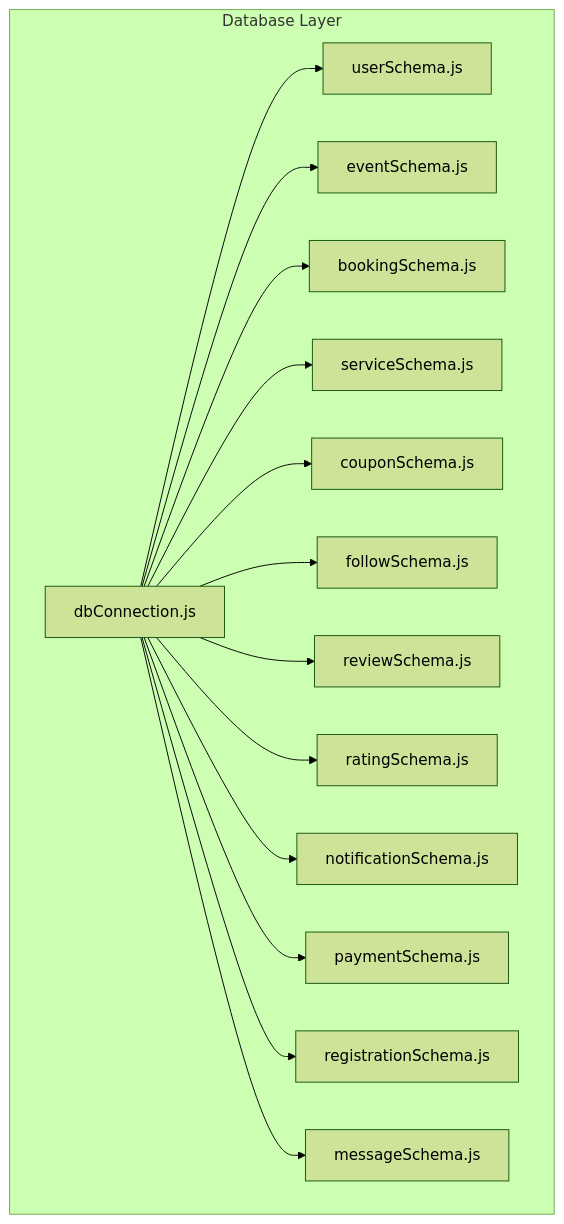
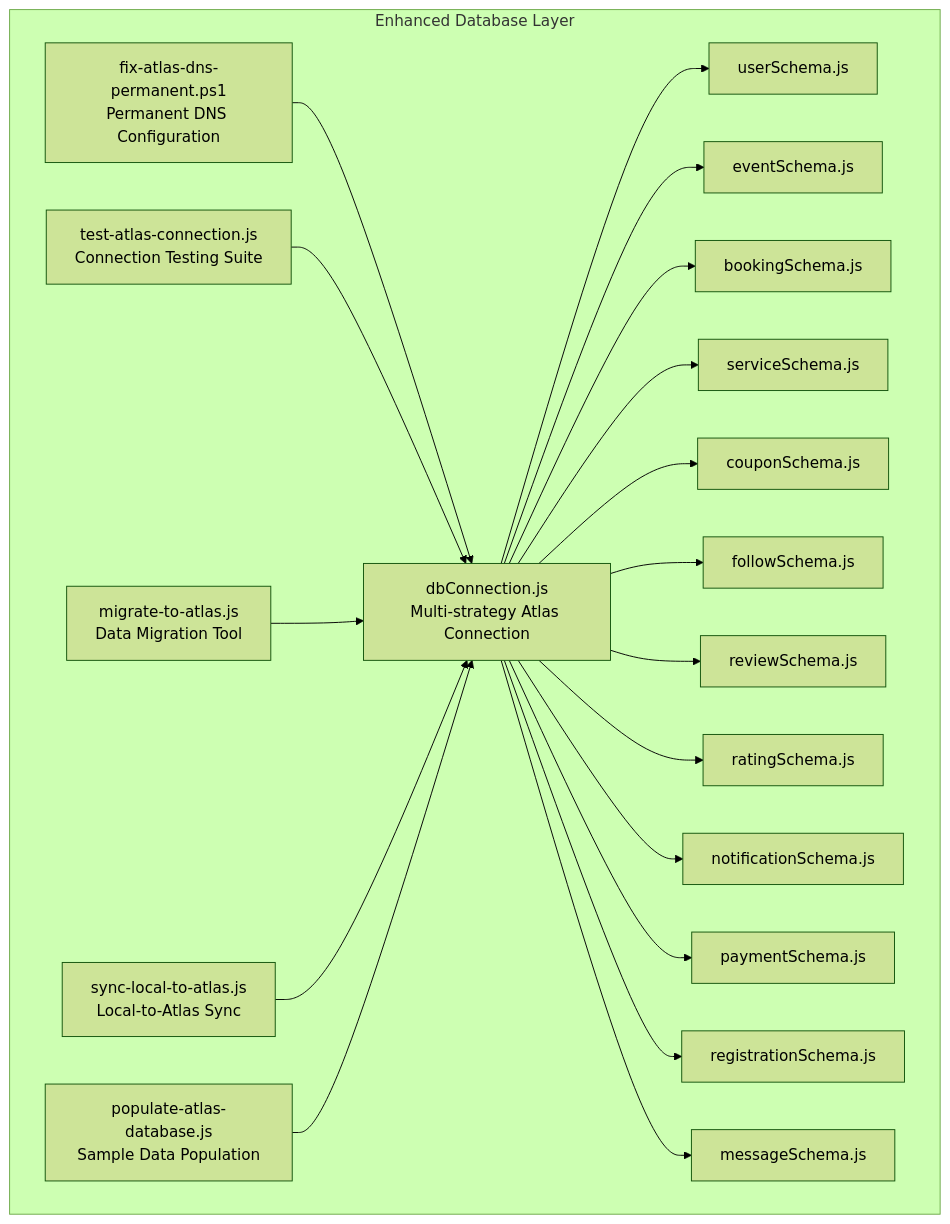
The first of 16 diagrams in .qoder/repowiki/en/content/Database Design/Database Design.md (meghanamallela69-tech/event), drawn with Mermaid (forest theme) before and after one commit. The commit also changed other lines of this file and 63 other files, not shown here.

````diff
--- a/.qoder/repowiki/en/content/Database Design/Database Design.md
+++ b/.qoder/repowiki/en/content/Database Design/Database Design.md
@@ -42,30 +61,40 @@
 ```mermaid
 graph TB
-subgraph "Database Layer"
-DC["dbConnection.js"]
+subgraph "Enhanced Database Layer"
+DC["dbConnection.js<br/>Multi-strategy Atlas Connection"]
+DNS["fix-atlas-dns-permanent.ps1<br/>Permanent DNS Configuration"]
+TEST["test-atlas-connection.js<br/>Connection Testing Suite"]
+MIG["migrate-to-atlas.js<br/>Data Migration Tool"]
+SYNC["sync-local-to-atlas.js<br/>Local-to-Atlas Sync"]
+POP["populate-atlas-database.js<br/>Sample Data Population"]
 US["userSchema.js"]
 ES["eventSchema.js"]
 BS["bookingSchema.js"]
 SS["serviceSchema.js"]
 CS["couponSchema.js"]
 FS["followSchema.js"]
 RS["reviewSchema.js"]
 RTS["ratingSchema.js"]
 NS["notificationSchema.js"]
 PS["paymentSchema.js"]
 REG["registrationSchema.js"]
 MSG["messageSchema.js"]
 end
 DC --> US
 DC --> ES
 DC --> BS
 DC --> SS
 DC --> CS
 DC --> FS
 DC --> RS
 DC --> RTS
 DC --> NS
 DC --> PS
 DC --> REG
 DC --> MSG
+DNS --> DC
+TEST --> DC
+MIG --> DC
+SYNC --> DC
+POP --> DC
 ```
````
